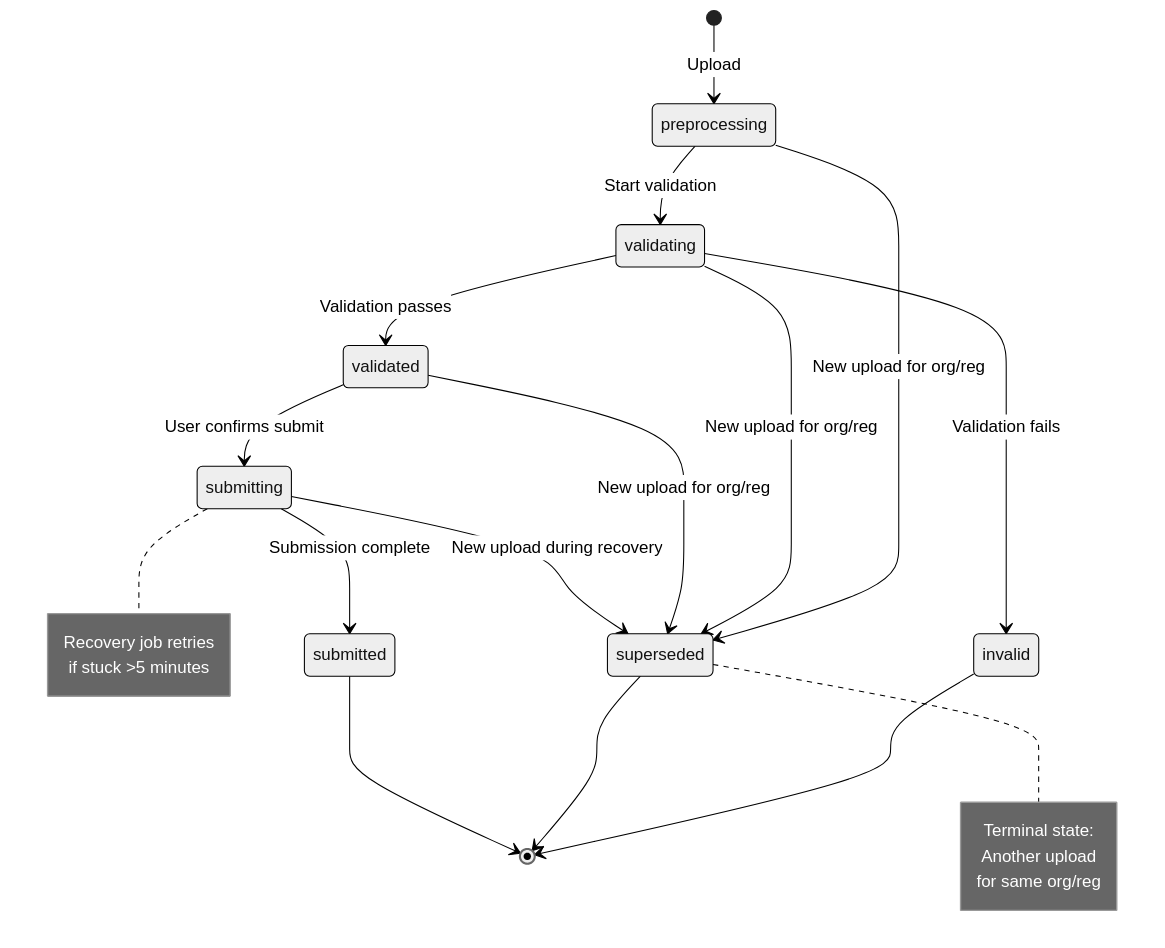
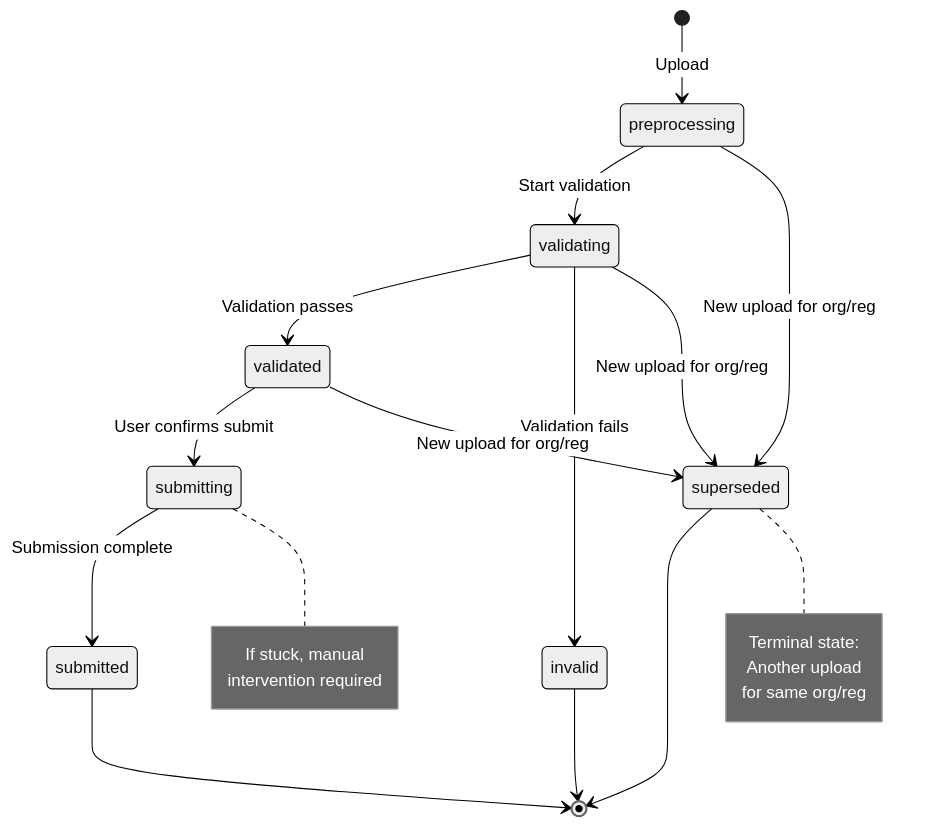
Before and after one commit to DEFRA/epr-backend: the second of 6 diagrams in docs/architecture/decisions/0021-concurrent-summary-log-submission.md, drawn with Mermaid (neutral theme). The commit also changed other lines of this file, not shown here.

Commit message:
docs: move background job recovery to future considerations in ADR 21

````diff
--- a/docs/architecture/decisions/0021-concurrent-summary-log-submission.md
+++ b/docs/architecture/decisions/0021-concurrent-summary-log-submission.md
@@ -92,29 +87,28 @@
 ```mermaid
 stateDiagram-v2
     [*] --> preprocessing: Upload
     preprocessing --> validating: Start validation
     validating --> validated: Validation passes
     validating --> invalid: Validation fails
     validated --> submitting: User confirms submit
     submitting --> submitted: Submission complete
 
     preprocessing --> superseded: New upload for org/reg
     validating --> superseded: New upload for org/reg
     validated --> superseded: New upload for org/reg
-    submitting --> superseded: New upload during recovery
 
     invalid --> [*]
     superseded --> [*]
     submitted --> [*]
 
     note right of superseded
         Terminal state:
         Another upload
         for same org/reg
     end note
 
     note right of submitting
-        Recovery job retries
-        if stuck >5 minutes
+        If stuck, manual
+        intervention required
     end note
 ```
````
